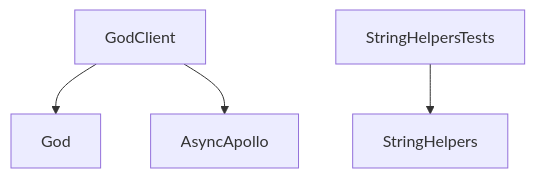
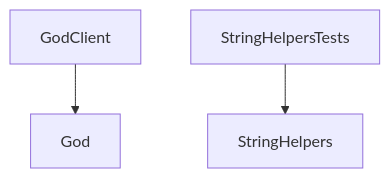
Before and after one commit to 0x1-company/god-ios: the diagram in Packages/DependencyPackage/README.md, drawn with Mermaid. The commit also changed 1 other file, not shown here.

Commit message:
refactor: 💡 import

````diff
--- a/Packages/DependencyPackage/README.md
+++ b/Packages/DependencyPackage/README.md
@@ -6,6 +6,5 @@
 ```mermaid
 graph TD;
     GodClient-->God;
-    GodClient-->AsyncApollo;
     StringHelpersTests-->StringHelpers;
 ```
````
